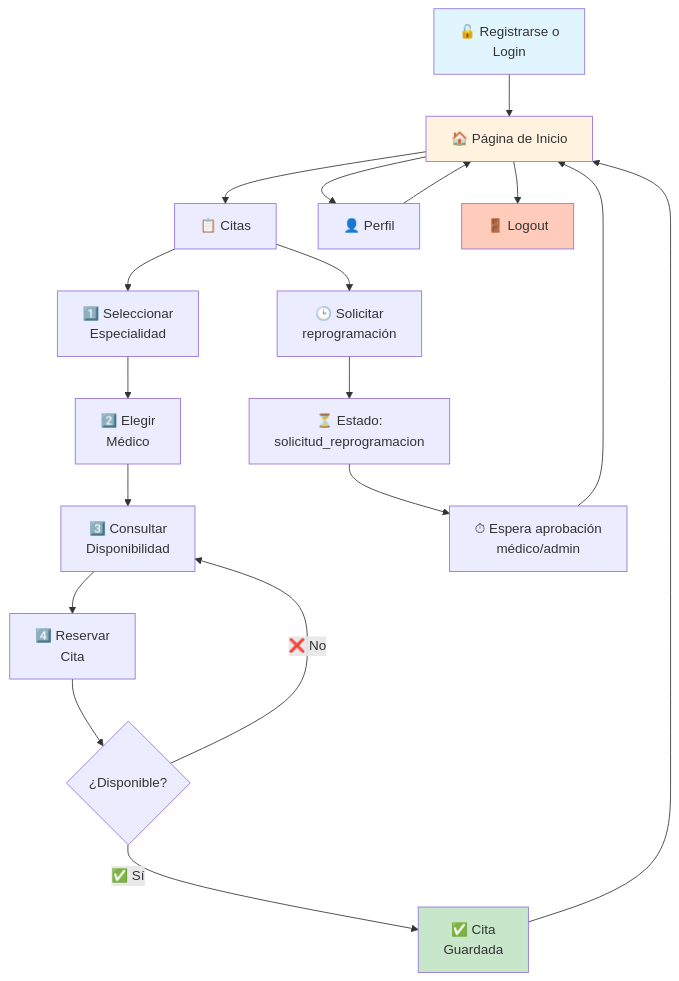
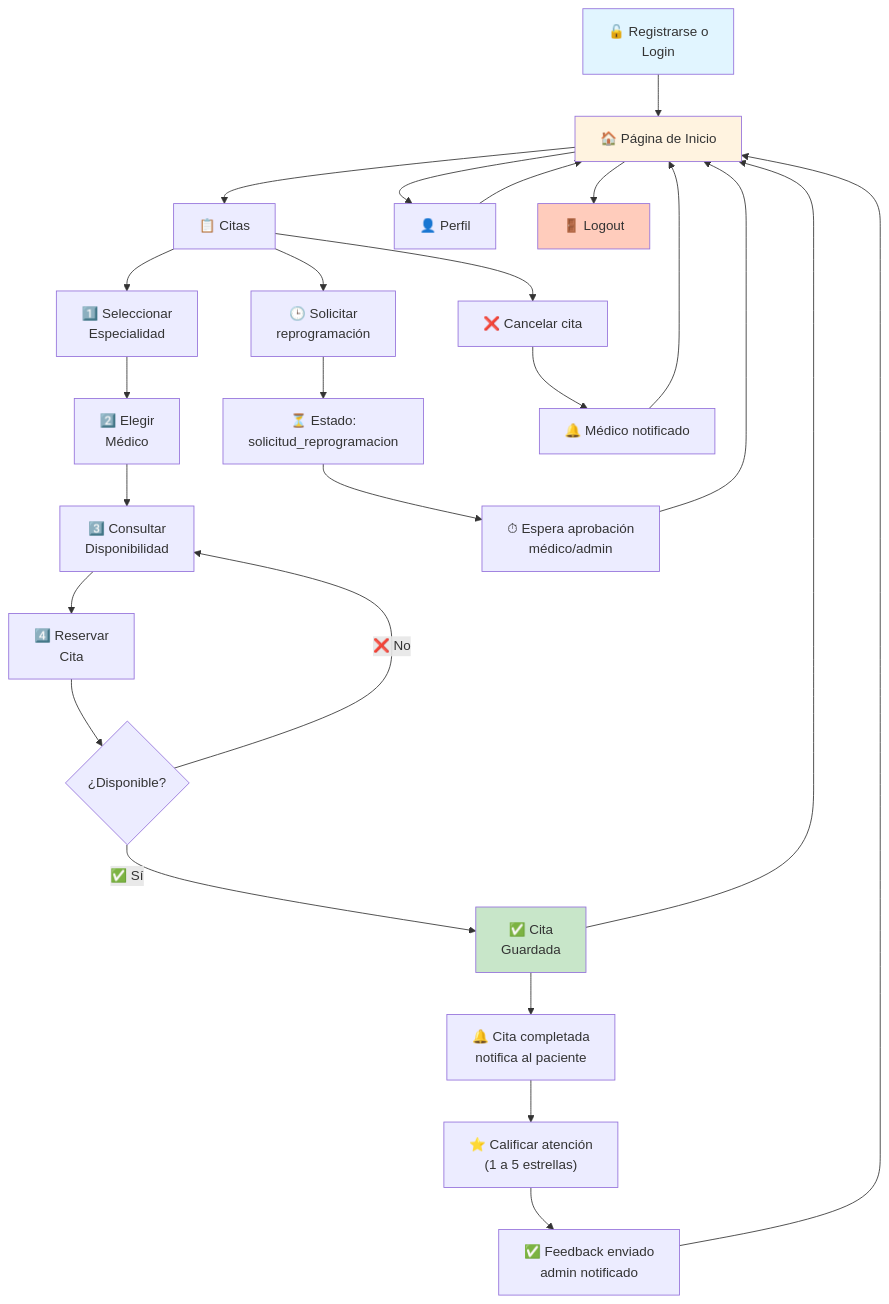
One commit to EdwardAR/CIS_II changed the fifth of 8 diagrams in README.md. Above: the diagram before and after it, drawn with Mermaid. The commit also changed other lines of this file and 1 other file, not shown here.

````diff
--- a/README.md
+++ b/README.md
@@ -753,29 +769,37 @@
 ```mermaid
 graph TD
     A["🔓 Registrarse o<br/>Login"] --> B["🏠 Página de Inicio"]
     B --> C["📋 Citas"]
     B --> D["👤 Perfil"]
     
     C --> E["1️⃣ Seleccionar<br/>Especialidad"]
     E --> F["2️⃣ Elegir<br/>Médico"]
     F --> G["3️⃣ Consultar<br/>Disponibilidad"]
     G --> H["4️⃣ Reservar<br/>Cita"]
     
     H --> I{¿Disponible?}
     I -->|✅ Sí| J["✅ Cita<br/>Guardada"]
     I -->|❌ No| G
 
     C --> R["🕒 Solicitar<br/>reprogramación"]
     R --> S["⏳ Estado:<br/>solicitud_reprogramacion"]
     S --> T["⏱ Espera aprobación<br/>médico/admin"]
+
+    J --> L["🔔 Cita completada<br/>notifica al paciente"]
+    L --> M["⭐ Calificar atención<br/>(1 a 5 estrellas)"]
+    M --> N["✅ Feedback enviado<br/>admin notificado"]
+    C --> O["❌ Cancelar cita"]
+    O --> P["🔔 Médico notificado"]
     
     J --> B
     D --> B
     T --> B
+    N --> B
+    P --> B
     B --> K["🚪 Logout"]
     
     style A fill:#e1f5ff
     style B fill:#fff3e0
     style J fill:#c8e6c9
     style K fill:#ffccbc
 ```
````
